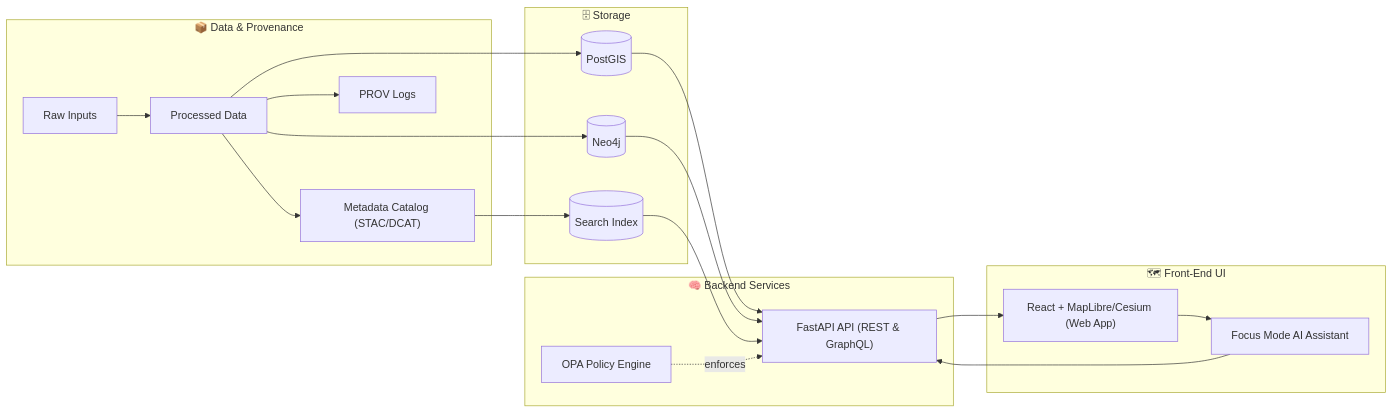
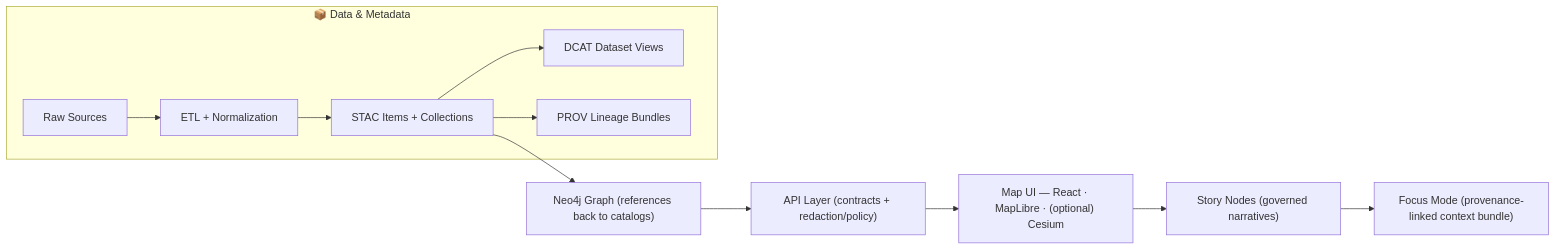
One commit to bartytime4life/Kansas-Frontier-Matrix changed the diagram in web/README.md. Above: the diagram before and after it, drawn with Mermaid. The commit also changed other lines of this file, not shown here.

````diff
--- a/web/README.md
+++ b/web/README.md
@@ -31,38 +60,15 @@
 ```mermaid
 flowchart LR
-  subgraph Data["📦 Data & Provenance"]
-    raw["Raw Inputs"] --> processed["Processed Data"]
-    processed --> catalog["Metadata Catalog (STAC/DCAT)"]
-    processed --> prov["PROV Logs"]
+  subgraph Data["📦 Data & Metadata"]
+    A["Raw Sources"] --> B["ETL + Normalization"]
+    B --> C["STAC Items + Collections"]
+    C --> D["DCAT Dataset Views"]
+    C --> E["PROV Lineage Bundles"]
   end
 
-  subgraph Stores["🗄 Storage"]
-    postgis[(PostGIS)]
-    neo4j[(Neo4j)]
-    search[(Search Index)]
-  end
-
-  subgraph Backend["🧠 Backend Services"]
-    api["FastAPI API (REST & GraphQL)"]
-    policy["OPA Policy Engine"]
-  end
-
-  subgraph Frontend["🗺 Front-End UI"]
-    ui["React + MapLibre/Cesium (Web App)"]
-    ai["Focus Mode AI Assistant"]
-  end
-
-  processed --> postgis
-  processed --> neo4j
-  catalog --> search
-
-  postgis --> api
-  neo4j --> api
-  search --> api
-
-  api --> ui
-  ui --> ai
-  ai --> api
-
-  policy -.enforces.-> api
+  C --> G["Neo4j Graph (references back to catalogs)"]
+  G --> H["API Layer (contracts + redaction/policy)"]
+  H --> I["Map UI — React · MapLibre · (optional) Cesium"]
+  I --> J["Story Nodes (governed narratives)"]
+  J --> K["Focus Mode (provenance-linked context bundle)"]
 ```
````
